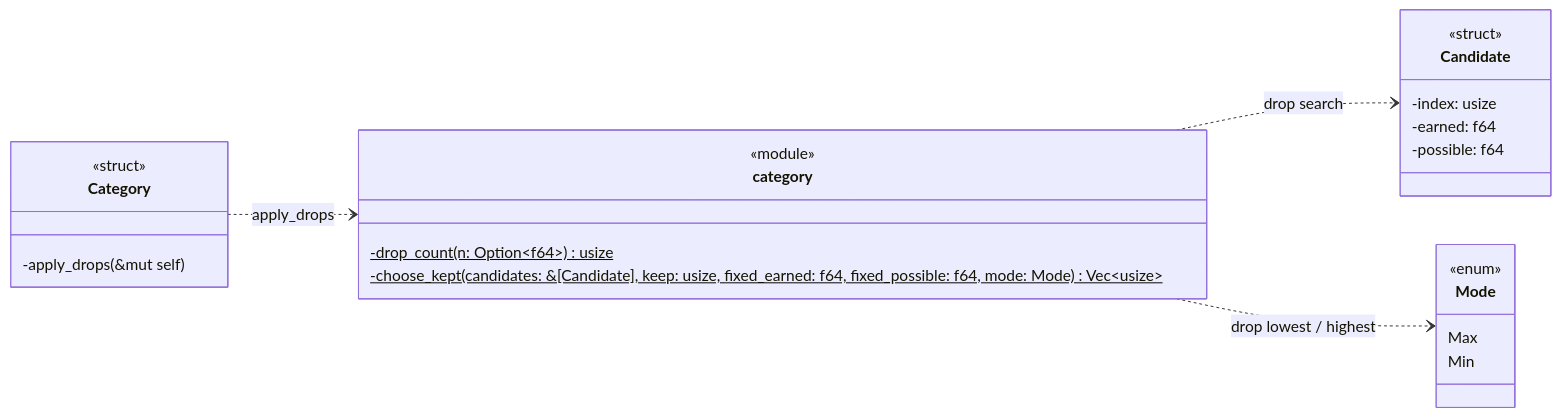
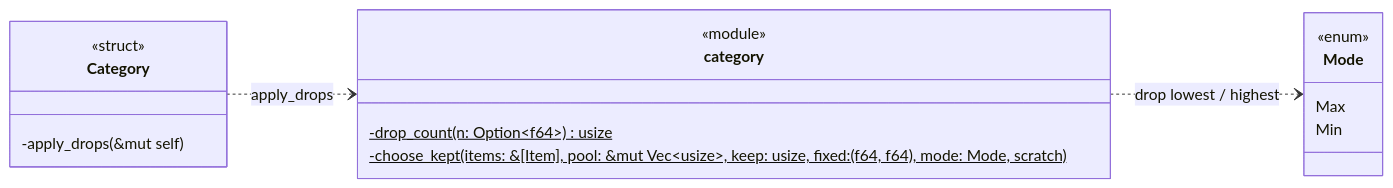
One commit to Patman1O1/grade-calculator changed the fourth of 9 diagrams in docs/uml.md. Above: the diagram before and after it, drawn with Mermaid. The commit also changed other lines of this file and 7 other files, not shown here.

First line of the commit message:
Speed up grading: faster drop search and "what do I need?" solver

````diff
--- a/docs/uml.md
+++ b/docs/uml.md
@@ -214,27 +216,20 @@
 ```mermaid
 classDiagram
   direction LR
   class category {
     <<module>>
     -drop_count(n: Option~f64~)$ usize
-    -choose_kept(candidates: &[Candidate], keep: usize, fixed_earned: f64, fixed_possible: f64, mode: Mode)$ Vec~usize~
-  }
-  class Candidate {
-    <<struct>>
-    -index: usize
-    -earned: f64
-    -possible: f64
+    -choose_kept(items: &[Item], pool: &mut Vec~usize~, keep: usize, fixed: (f64, f64), mode: Mode, scratch)$
   }
   class Mode {
     <<enum>>
     Max
     Min
   }
   class Category {
     <<struct>>
     -apply_drops(&mut self)
   }
   Category ..> category : apply_drops
-  category ..> Candidate : drop search
   category ..> Mode : drop lowest / highest
 ```
````
